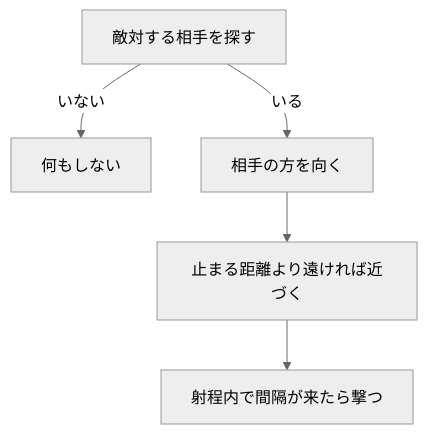
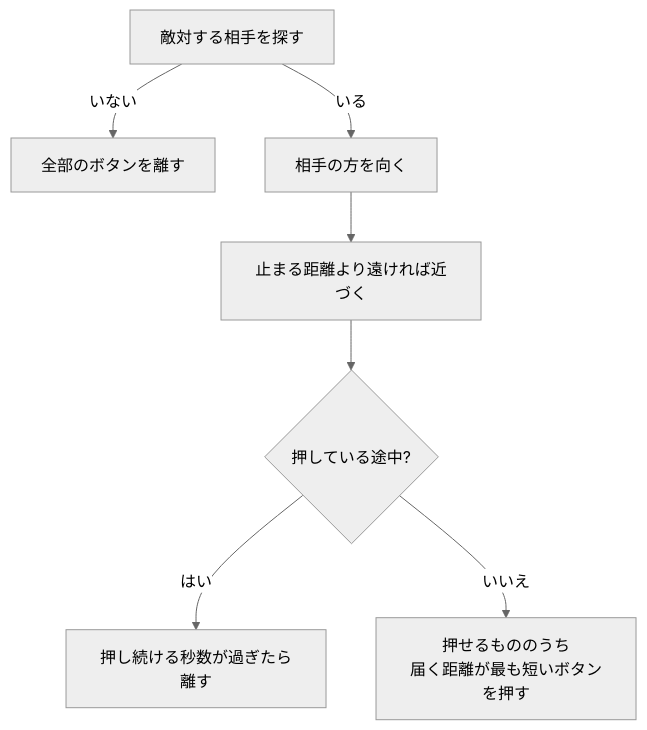
Before and after one commit to hirota-ryuki/Action: the diagram in Action/docs/ゲーム/キャラクター/NPCのAIの設計.md, drawn with Mermaid (neutral theme). The commit also changed other lines of this file and 11 other files, not shown here.

````diff
--- a/Action/docs/ゲーム/キャラクター/NPCのAIの設計.md
+++ b/Action/docs/ゲーム/キャラクター/NPCのAIの設計.md
@@ -17,7 +18,9 @@
 ```mermaid
 flowchart TD
-    S[敵対する相手を探す] -->|いない| N[何もしない]
+    S[敵対する相手を探す] -->|いない| N[全部のボタンを離す]
     S -->|いる| L[相手の方を向く]
     L --> M[止まる距離より遠ければ近づく]
-    M --> F[射程内で間隔が来たら撃つ]
+    M --> B{押している途中?}
+    B -->|はい| H[押し続ける秒数が過ぎたら離す]
+    B -->|いいえ| F[押せるもののうち<br/>届く距離が最も短いボタンを押す]
 ```
````
